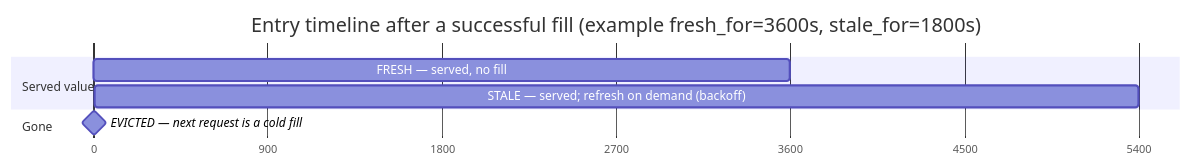
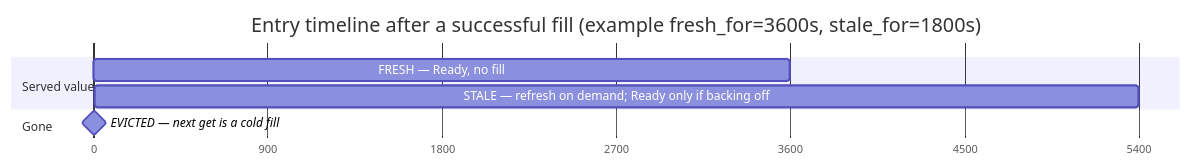
The fourth of 7 diagrams in docs/ongoing/openid-sso-prod-readiness.md (sea-snake/internet-identity), drawn with Mermaid before and after one commit. The commit also changed other lines of this file, not shown here.

````diff
--- a/docs/ongoing/openid-sso-prod-readiness.md
+++ b/docs/ongoing/openid-sso-prod-readiness.md
@@ -423,11 +425,11 @@
 ```mermaid
 gantt
     title Entry timeline after a successful fill (example fresh_for=3600s, stale_for=1800s)
     dateFormat X
     axisFormat %s
     section Served value
-    FRESH — served, no fill                     :0, 3600
-    STALE — served; refresh on demand (backoff) :3600, 5400
+    FRESH — Ready, no fill                          :0, 3600
+    STALE — refresh on demand; Ready only if backing off :3600, 5400
     section Gone
-    EVICTED — next request is a cold fill        :milestone, 5400, 0
+    EVICTED — next get is a cold fill                :milestone, 5400, 0
 ```
````
